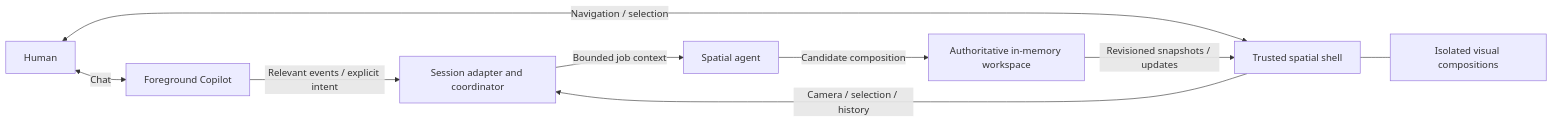
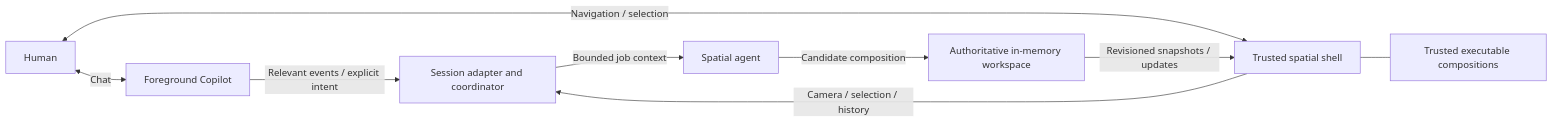
Before and after one commit to ericslandry/contextarium: the diagram in docs/REDESIGN-FEASIBILITY.md, drawn with Mermaid. The commit also changed other lines of this file and 1 other file, not shown here.

Commit message:
Align redesign with trusted executable compositions and inherited Copilot permissions

````diff
--- a/docs/REDESIGN-FEASIBILITY.md
+++ b/docs/REDESIGN-FEASIBILITY.md
@@ -157,11 +120,11 @@
 ```mermaid
 flowchart LR
     U[Human] <-->|Chat| F[Foreground Copilot]
     U <-->|Navigation / selection| R[Trusted spatial shell]
     F -->|Relevant events / explicit intent| A[Session adapter and coordinator]
     A -->|Bounded job context| S[Spatial agent]
     S -->|Candidate composition| W[Authoritative in-memory workspace]
     W -->|Revisioned snapshots / updates| R
     R -->|Camera / selection / history| A
-    R --- I[Isolated visual compositions]
+    R --- I[Trusted executable compositions]
 ```
````
